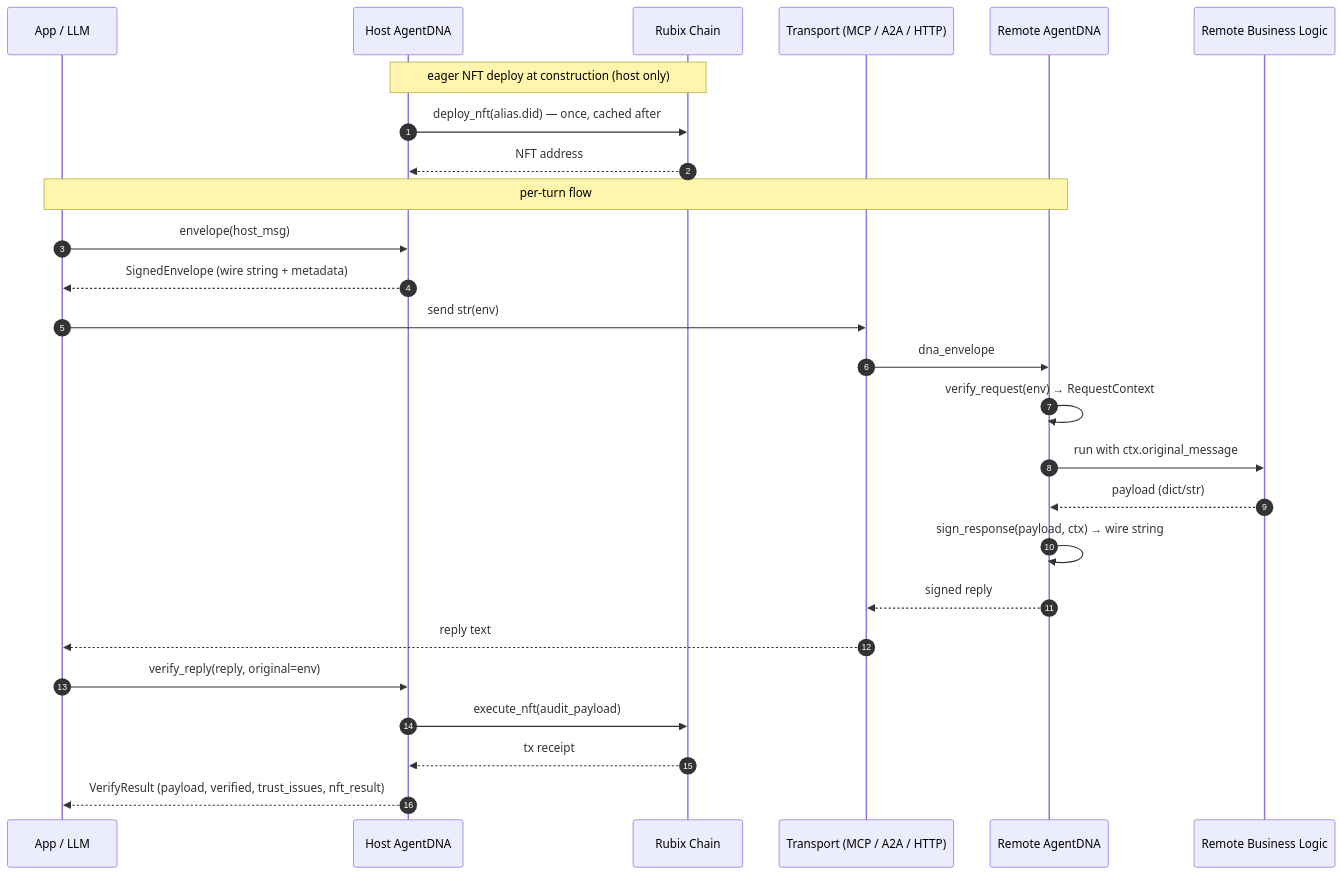
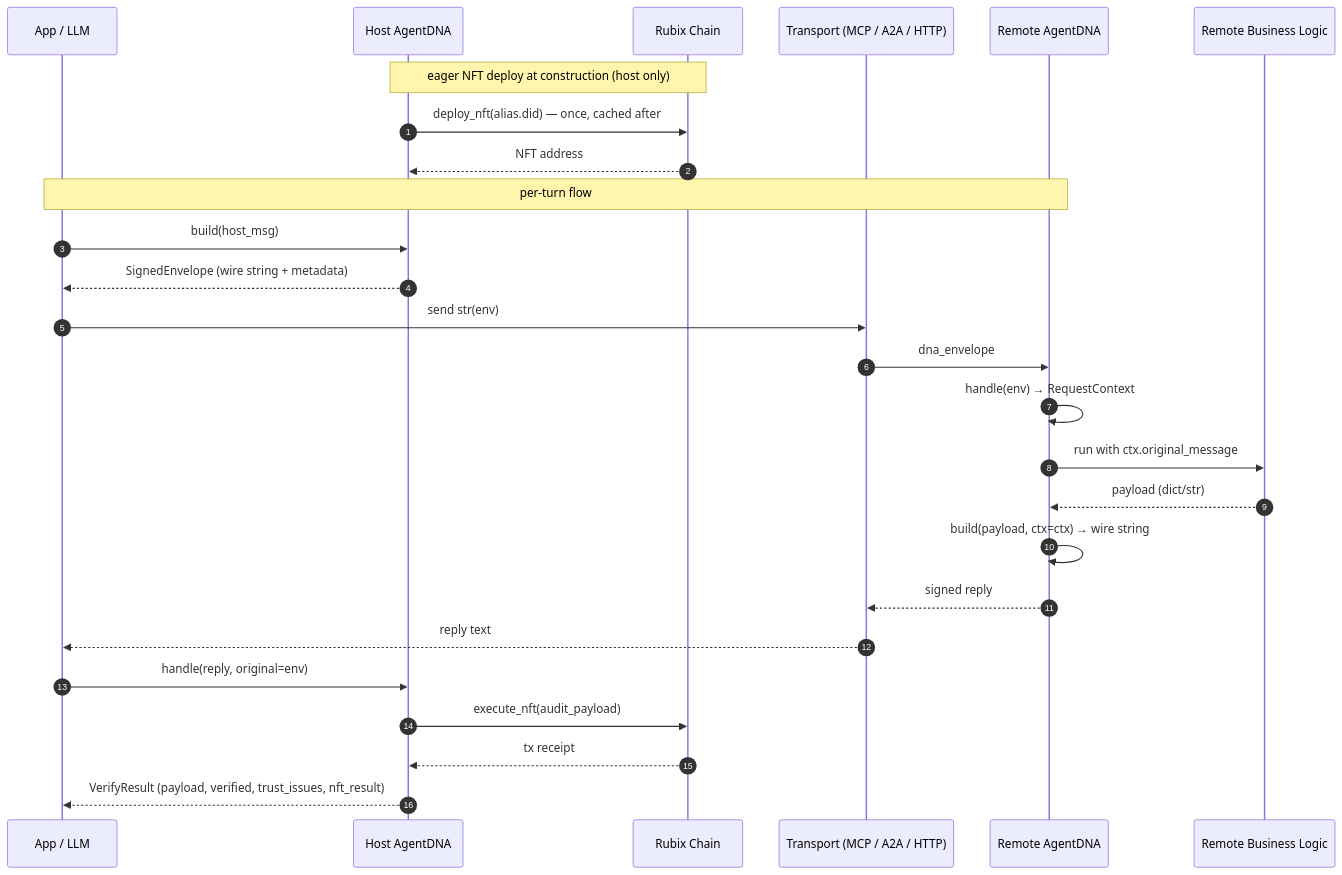
The third of 3 diagrams in docs/ARCHITECTURE.md (agent-dna/agentdna), drawn with Mermaid before and after one commit. The commit also changed other lines of this file and 16 other files, not shown here.

Commit message:
build handle back

````diff
--- a/docs/ARCHITECTURE.md
+++ b/docs/ARCHITECTURE.md
@@ -160,30 +172,30 @@
 ```mermaid
 sequenceDiagram
     autonumber
     participant App as App / LLM
     participant DNA_H as Host AgentDNA
     participant Chain as Rubix Chain
     participant Transport as Transport (MCP / A2A / HTTP)
     participant DNA_R as Remote AgentDNA
     participant Logic as Remote Business Logic
 
     Note over DNA_H,Chain: eager NFT deploy at construction (host only)
     DNA_H->>Chain: deploy_nft(alias.did) — once, cached after
     Chain-->>DNA_H: NFT address
 
     Note over App,DNA_R: per-turn flow
-    App->>DNA_H: envelope(host_msg)
+    App->>DNA_H: build(host_msg)
     DNA_H-->>App: SignedEnvelope (wire string + metadata)
     App->>Transport: send str(env)
     Transport->>DNA_R: dna_envelope
-    DNA_R->>DNA_R: verify_request(env) → RequestContext
+    DNA_R->>DNA_R: handle(env) → RequestContext
     DNA_R->>Logic: run with ctx.original_message
     Logic-->>DNA_R: payload (dict/str)
-    DNA_R->>DNA_R: sign_response(payload, ctx) → wire string
+    DNA_R->>DNA_R: build(payload, ctx=ctx) → wire string
     DNA_R-->>Transport: signed reply
     Transport-->>App: reply text
-    App->>DNA_H: verify_reply(reply, original=env)
+    App->>DNA_H: handle(reply, original=env)
     DNA_H->>Chain: execute_nft(audit_payload)
     Chain-->>DNA_H: tx receipt
     DNA_H-->>App: VerifyResult (payload, verified, trust_issues, nft_result)
 ```
````
